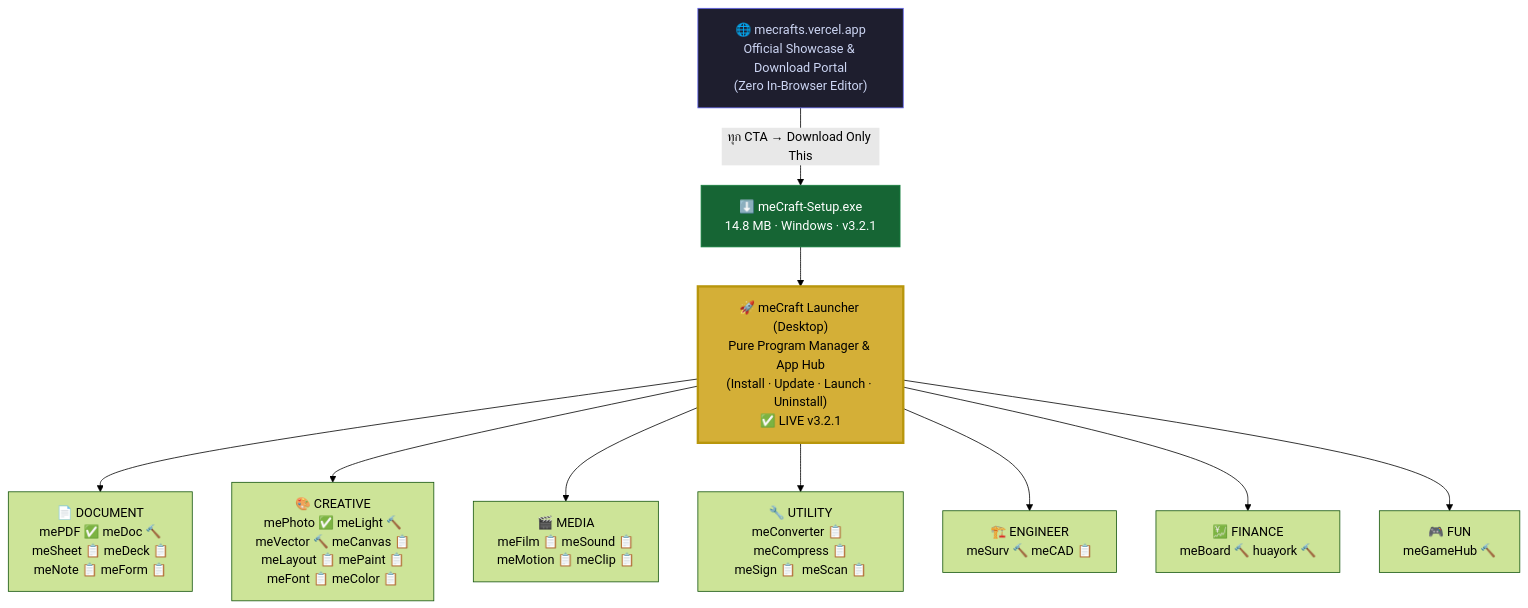
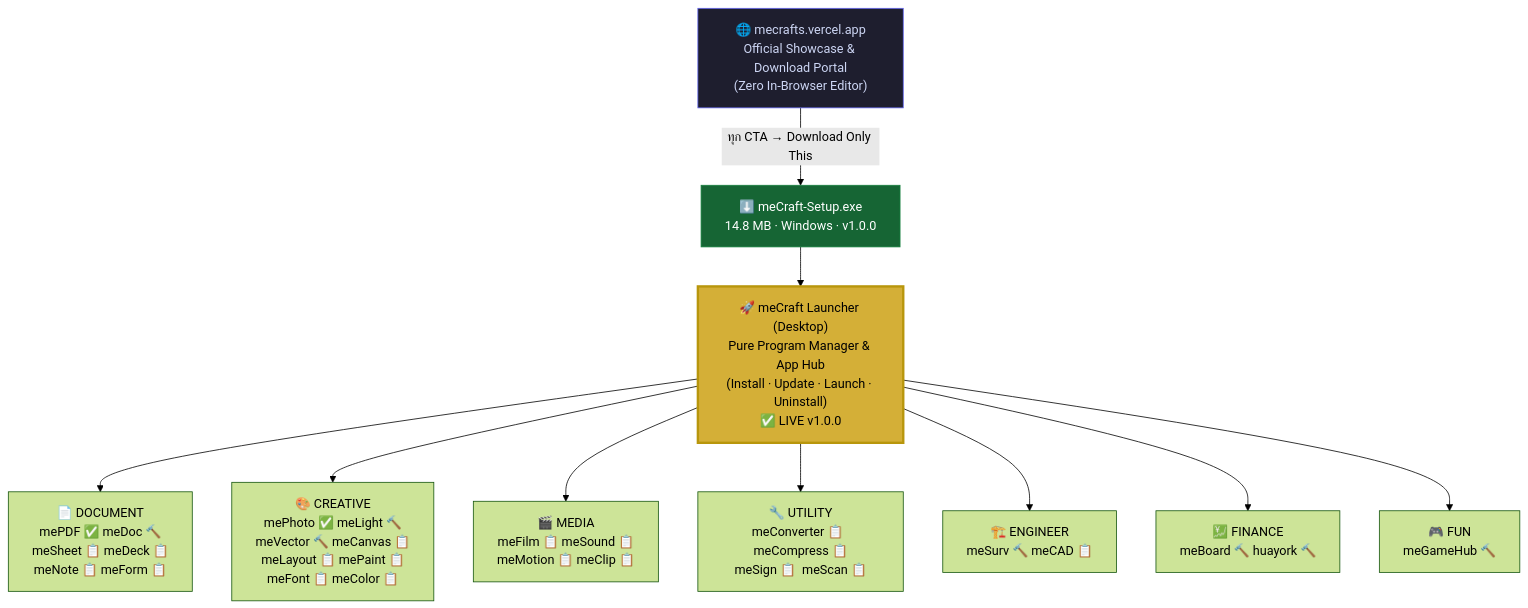
The first of 2 diagrams in docs/meCrafts-architecture.md (methastrategy/meCraft), drawn with Mermaid (forest theme) before and after one commit. The commit also changed other lines of this file and 9 other files, not shown here.

````diff
--- a/docs/meCrafts-architecture.md
+++ b/docs/meCrafts-architecture.md
@@ -17,30 +17,30 @@
 ```mermaid
 flowchart TD
     WEB["🌐 mecrafts.vercel.app\nOfficial Showcase & Download Portal\n(Zero In-Browser Editor)"]
     WEB -->|"ทุก CTA → Download Only This"| DL
 
-    DL["⬇️ meCraft-Setup.exe\n14.8 MB · Windows · v3.2.1"]
+    DL["⬇️ meCraft-Setup.exe\n14.8 MB · Windows · v1.0.0"]
     DL --> HUB
 
-    HUB["🚀 meCraft Launcher (Desktop)\nPure Program Manager & App Hub\n(Install · Update · Launch · Uninstall)\n✅ LIVE v3.2.1"]
+    HUB["🚀 meCraft Launcher (Desktop)\nPure Program Manager & App Hub\n(Install · Update · Launch · Uninstall)\n✅ LIVE v1.0.0"]
 
     HUB --> DOC
     HUB --> CRE
     HUB --> MED
     HUB --> UTL
     HUB --> ENG
     HUB --> FIN
     HUB --> FUN
 
     DOC["📄 DOCUMENT\nmePDF ✅  meDoc 🔨\nmeSheet 📋  meDeck 📋\nmeNote 📋  meForm 📋"]
     CRE["🎨 CREATIVE\nmePhoto ✅  meLight 🔨\nmeVector 🔨  meCanvas 📋\nmeLayout 📋  mePaint 📋\nmeFont 📋  meColor 📋"]
     MED["🎬 MEDIA\nmeFilm 📋  meSound 📋\nmeMotion 📋  meClip 📋"]
     UTL["🔧 UTILITY\nmeConverter 📋  meCompress 📋\nmeSign 📋  meScan 📋"]
     ENG["🏗️ ENGINEER\nmeSurv 🔨  meCAD 📋"]
     FIN["💹 FINANCE\nmeBoard 🔨  huayork 🔨"]
     FUN["🎮 FUN\nmeGameHub 🔨"]
 
     style HUB fill:#d4af37,color:#000,stroke:#b8960c,stroke-width:3px
     style WEB fill:#1e1e2e,color:#cdd6f4,stroke:#6366f1
     style DL fill:#166534,color:#fff,stroke:#15803d
 ```
````
